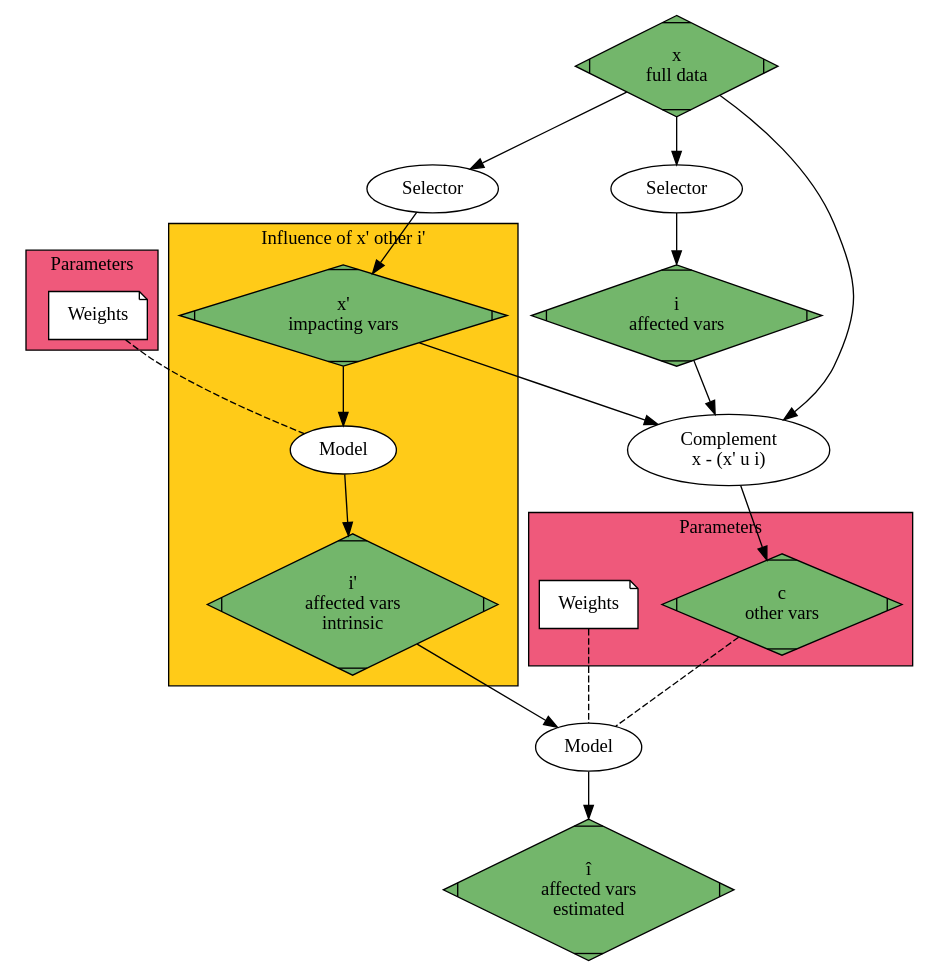
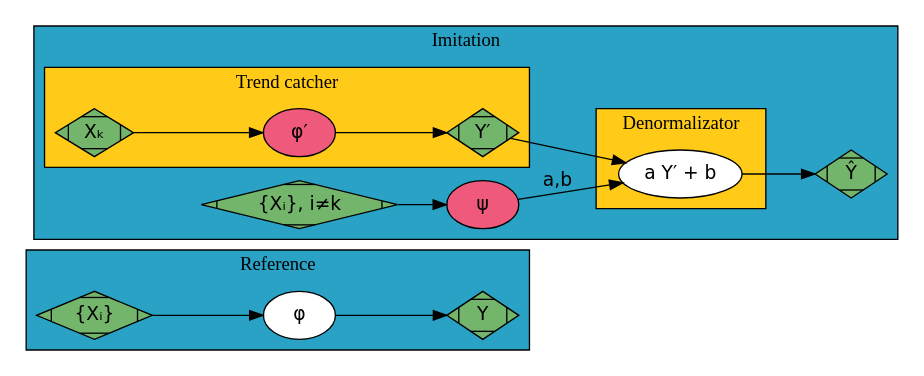
Before and after one commit to robinechuca/mendevi: the diagram in docs/media/intrinsic.dot, drawn with Graphviz. The commit also changed 2 other files, not shown here.

Commit message:
improve trend diagram

```diff
--- a/docs/media/intrinsic.dot
+++ b/docs/media/intrinsic.dot
@@ -1,54 +1,56 @@
 # dot -Tpdf intrinsic.dot -o /tmp/intrinsic.pdf && pdfcrop /tmp/intrinsic.pdf intrinsic.pdf
 # dot -Tsvg intrinsic.dot > intrinsic.svg
 digraph intrinsic {
-    rankdir=TB
+    rankdir=LR
+    node [fontname="DejaVu Sans"]  // for symbol ≠
+    edge [fontname="DejaVu Sans"]
 
     # data
-    src [label="x\nfull data" shape=Mdiamond style=filled fillcolor="#73b66b"]
-    var [label="x'\nimpacting vars" shape=Mdiamond style=filled fillcolor="#73b66b"]
-    int [label="i'\naffected vars\nintrinsic" shape=Mdiamond style=filled fillcolor="#73b66b"]
-    est [label="î\naffected vars\nestimated" shape=Mdiamond style=filled fillcolor="#73b66b"]
-    imp [label="i\naffected vars" shape=Mdiamond style=filled fillcolor="#73b66b"]
-    cmp [label="c\nother vars" shape=Mdiamond style=filled fillcolor="#73b66b"]
-
-    # parameters
-    params_encoder [label="Weights", shape=note, style=filled, fillcolor=white]
-    params_decoder [label="Weights", shape=note, style=filled, fillcolor=white]
+    full [label="{Xᵢ}" shape=Mdiamond style=filled fillcolor="#73b66b"]
+    ref [label="Y" shape=Mdiamond style=filled fillcolor="#73b66b"]
+    var  [label="Xₖ" shape=Mdiamond style=filled fillcolor="#73b66b"]
+    norm [label="Y&#8242;" shape=Mdiamond style=filled fillcolor="#73b66b"]
+    est  [label="Ŷ" shape=Mdiamond style=filled fillcolor="#73b66b"]
+    comp [label="{Xᵢ}, i≠k" shape=Mdiamond style=filled fillcolor="#73b66b"]
 
     # process
-    select [label="Selector", style=filled, fillcolor=white]
-    encoder [label="Model", style=filled, fillcolor=white]
-    decoder [label="Model", style=filled, fillcolor=white]
-    extractor [label="Selector", style=filled, fillcolor=white]
-    compl [label="Complement\nx - (x' u i)", style=filled, fillcolor=white]
+    truth [label="φ" style=filled fillcolor=white]
+    interest [label="φ&#8242;" style=filled fillcolor="#ef597b"]
+    adapt [label="ψ" style=filled fillcolor="#ef597b"]
+    denorm [label="a Y&#8242; + b" style=filled fillcolor=white]
 
     # blocs
-    subgraph clus_sample {
+    subgraph clus_reference {
         cluster=true
-        label="Influence of x' other i'"
-        bgcolor="#ffcb18"
-        var encoder int
+        label="Reference"
+        bgcolor="#29a2c6"
+        full truth ref
     }
-    # parameters bloc
-    subgraph clus_param_encoder {
+
+    subgraph clus_imitation {
         cluster=true
-        label="Parameters"
-        bgcolor="#ef597b"
-        params_encoder
-    }
-    subgraph clus_param_decoder {
-        cluster=true
-        label="Parameters"
-        bgcolor="#ef597b"
-        cmp params_decoder
+        label="Imitation"
+        bgcolor="#29a2c6"
+        var interest norm denorm est comp adapt
+
+        subgraph clus_interest {
+            cluster=true
+            label="Trend catcher"
+            bgcolor="#ffcb18"
+            var interest norm
+        }
+
+        subgraph clus_denorm {
+            cluster=true
+            label="Denormalizator"
+            bgcolor="#ffcb18"
+            denorm
+        }
     }
 
     # pipeline
-    src -> select -> var -> encoder -> int -> decoder -> est
-    {src var imp} -> compl -> cmp
-    src -> extractor -> imp
-
-    # arguments
-    params_encoder -> encoder [arrowhead=none style=dashed]
-    {cmp params_decoder} -> decoder [arrowhead=none style=dashed]
+    full -> truth -> ref
+    var -> interest -> norm -> denorm -> est
+    comp -> adapt
+    adapt -> denorm [label="a,b"]
 }
```
